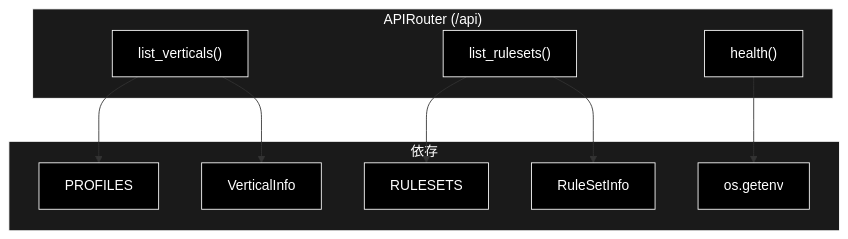
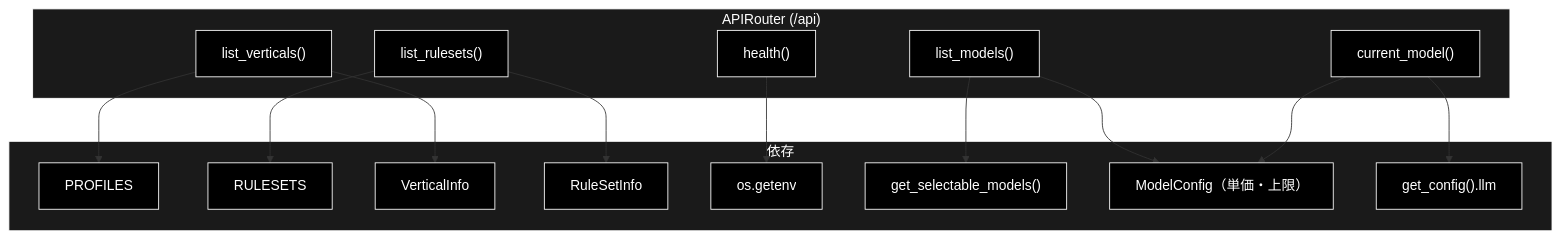
Before and after one commit to nakashima2toshio/grace_v2: the second of 3 diagrams in backend/docs/reference/api_meta.md, drawn with Mermaid. The commit also changed other lines of this file and 69 other files, not shown here.

````diff
--- a/backend/docs/reference/api_meta.md
+++ b/backend/docs/reference/api_meta.md
@@ -120,27 +139,36 @@
 ```mermaid
 flowchart TB
     subgraph ROUTER["APIRouter (/api)"]
+        LM["list_models()"]
+        CM["current_model()"]
         LV["list_verticals()"]
         LR["list_rulesets()"]
         HE["health()"]
     end
 
     subgraph DEPS["依存"]
         PROF["PROFILES"]
         RSET["RULESETS"]
         VI["VerticalInfo"]
         RSI["RuleSetInfo"]
         OS["os.getenv"]
+        SEL["get_selectable_models()"]
+        MC["ModelConfig（単価・上限）"]
+        GC["get_config().llm"]
     end
 
+    LM --> SEL
+    LM --> MC
+    CM --> GC
+    CM --> MC
     LV --> PROF
     LV --> VI
     LR --> RSET
     LR --> RSI
     HE --> OS
 classDef default fill:#000,stroke:#fff,color:#fff
 classDef subgraphStyle fill:#1a1a1a,stroke:#fff,color:#fff
-class LV,LR,HE,PROF,RSET,VI,RSI,OS default
+class LM,CM,LV,LR,HE,PROF,RSET,VI,RSI,OS,SEL,MC,GC default
 style ROUTER fill:#1a1a1a,stroke:#fff,color:#fff
 style DEPS fill:#1a1a1a,stroke:#fff,color:#fff
 ```
````
